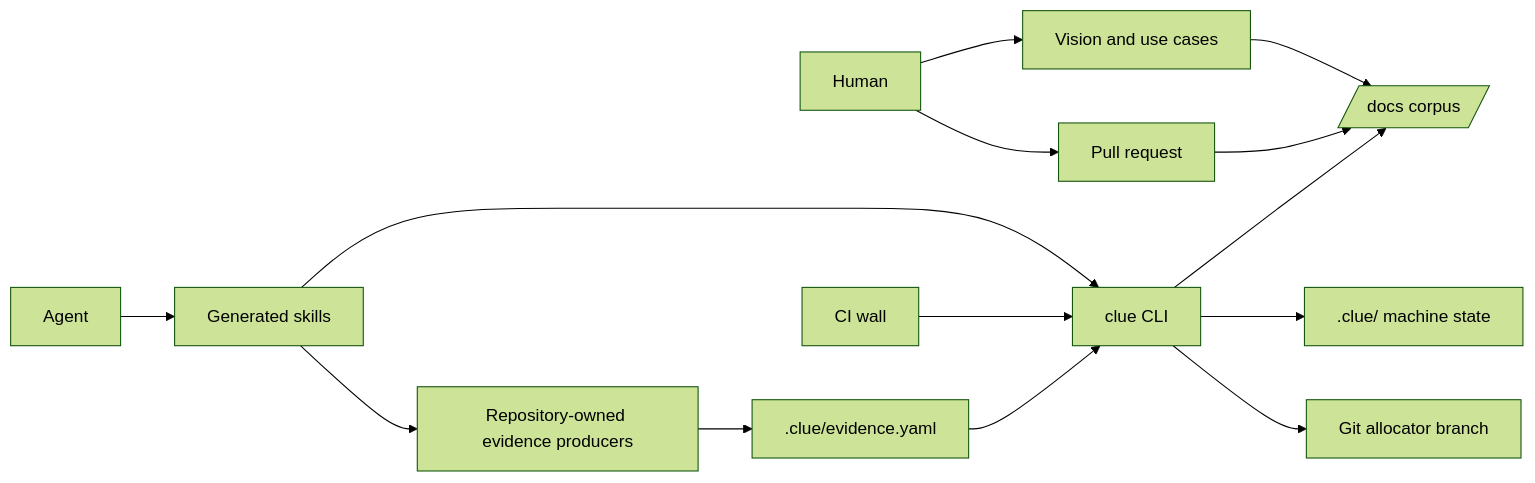
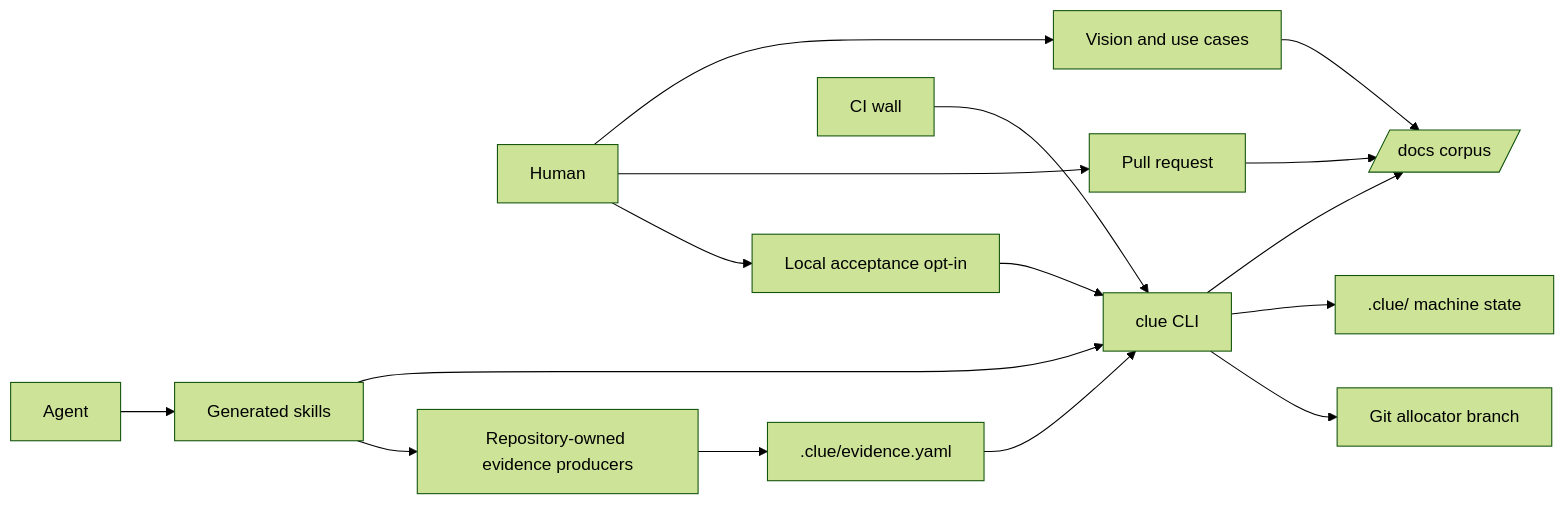
One commit to cliewen/cliewen changed the diagram in docs/architecture/README.md. Above: the diagram before and after it, drawn with Mermaid (forest theme). The commit also changed other lines of this file and 75 other files, not shown here.

Commit message:
Implement exact-candidate local human acceptance

````diff
--- a/docs/architecture/README.md
+++ b/docs/architecture/README.md
@@ -10,16 +12,18 @@
 ```mermaid
 flowchart LR
     Agent[Agent] --> Skills[Generated skills]
     Human --> Intent["Vision and use cases"]
     Intent --> Corpus
     Skills --> CLI[clue CLI]
     Skills --> Producers[Repository-owned evidence producers]
     Producers --> Evidence[".clue/evidence.yaml"]
     Evidence --> CLI
     CLI --> Corpus[/docs corpus/]
     CLI --> State[".clue/ machine state"]
     CLI --> Allocator["Git allocator branch"]
     CI[CI wall] --> CLI
     Human[Human] --> PR[Pull request]
     PR --> Corpus
+    Human --> Local[Local acceptance opt-in]
+    Local --> CLI
 ```
````
